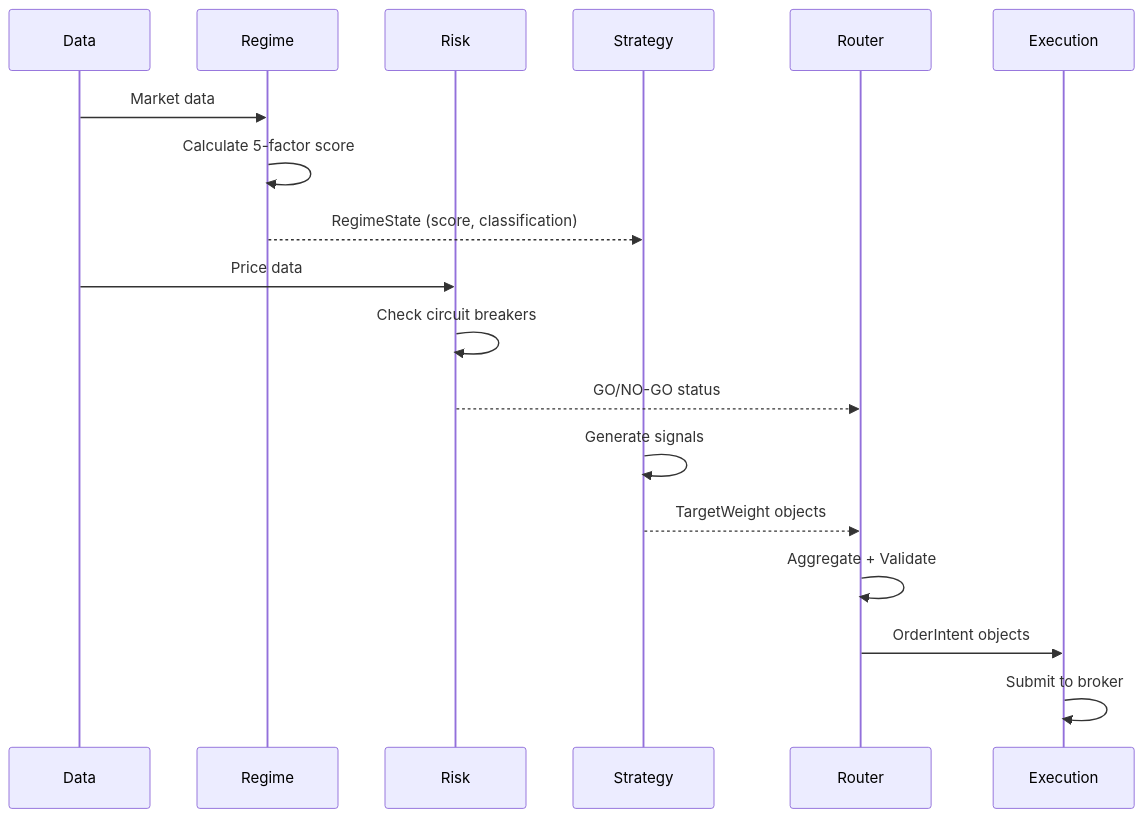
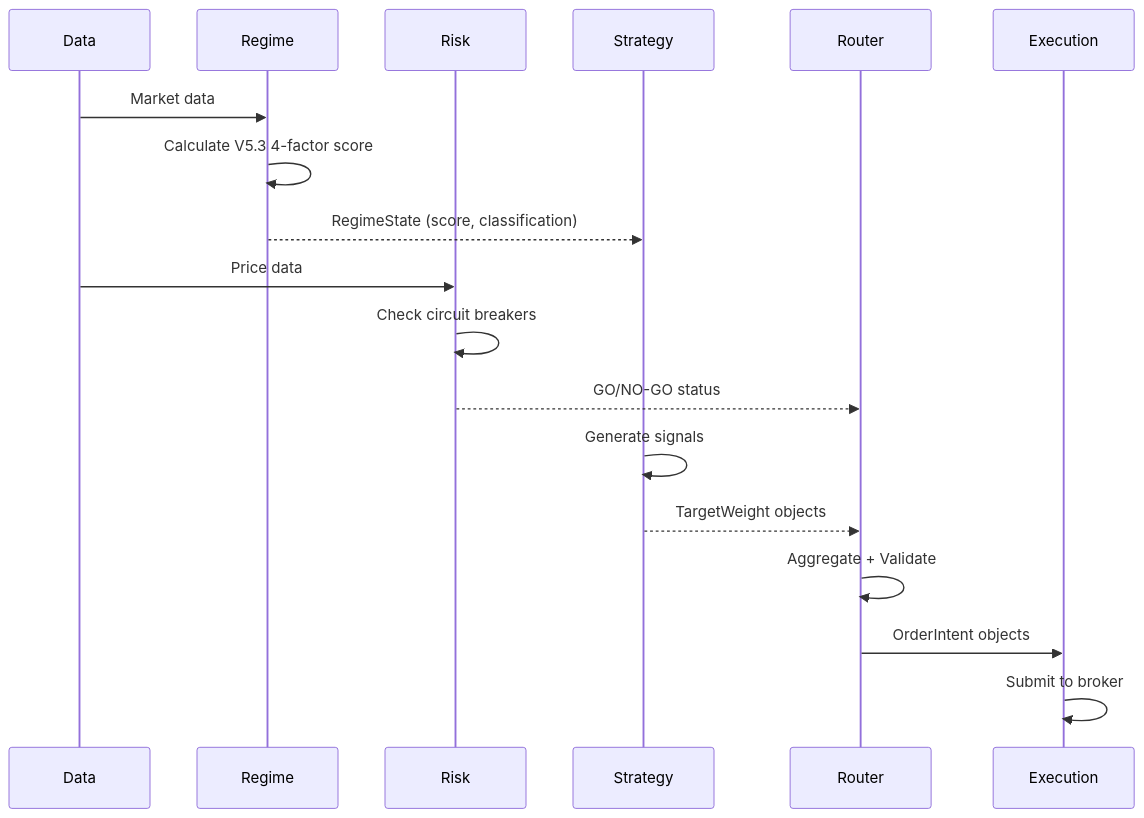
The first of 13 diagrams in docs/system/ENGINE_LOGIC_REFERENCE.md (vickdavinci/alpha-nextgen-v2-private), drawn with Mermaid before and after one commit. The commit also changed other lines of this file and 17 other files, not shown here.

````diff
--- a/docs/system/ENGINE_LOGIC_REFERENCE.md
+++ b/docs/system/ENGINE_LOGIC_REFERENCE.md
@@ -78,24 +78,24 @@
 ```mermaid
 sequenceDiagram
     participant D as Data
     participant R as Regime
     participant K as Risk
     participant S as Strategy
     participant P as Router
     participant E as Execution
 
     D->>R: Market data
-    R->>R: Calculate 5-factor score
+    R->>R: Calculate V5.3 4-factor score
     R-->>S: RegimeState (score, classification)
 
     D->>K: Price data
     K->>K: Check circuit breakers
     K-->>P: GO/NO-GO status
 
     S->>S: Generate signals
     S-->>P: TargetWeight objects
 
     P->>P: Aggregate + Validate
     P->>E: OrderIntent objects
     E->>E: Submit to broker
 ```
````
